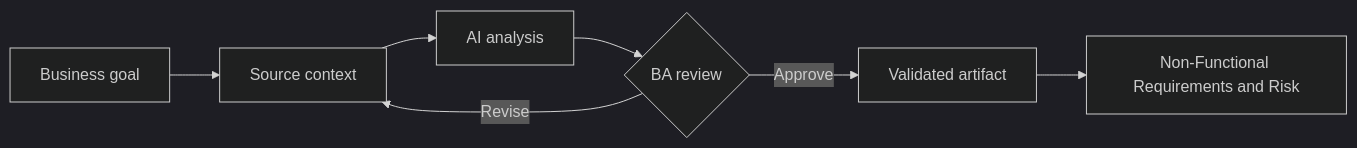
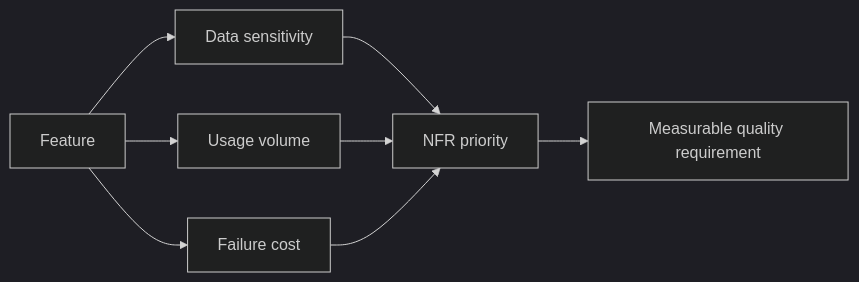
One commit to anhtnt90dev/ai-for-ba changed the diagram in docs/en/lessons/non-functional-requirements-and-risk/index.md. Above: the diagram before and after it, drawn with Mermaid (dark theme). The commit also changed other lines of this file and 64 other files, not shown here.

````diff
--- a/docs/en/lessons/non-functional-requirements-and-risk/index.md
+++ b/docs/en/lessons/non-functional-requirements-and-risk/index.md
@@ -39,9 +38,10 @@
 ```mermaid
 flowchart LR
-    A["Business goal"] --> B["Source context"]
-    B --> C["AI analysis"]
-    C --> D{"BA review"}
-    D -->|"Revise"| B
-    D -->|"Approve"| E["Validated artifact"]
-    E --> F["Non-Functional Requirements and Risk"]
+    A["Feature"] --> B["Data sensitivity"]
+    A --> C["Usage volume"]
+    A --> D["Failure cost"]
+    B --> E["NFR priority"]
+    C --> E
+    D --> E
+    E --> F["Measurable quality requirement"]
 ```
````
